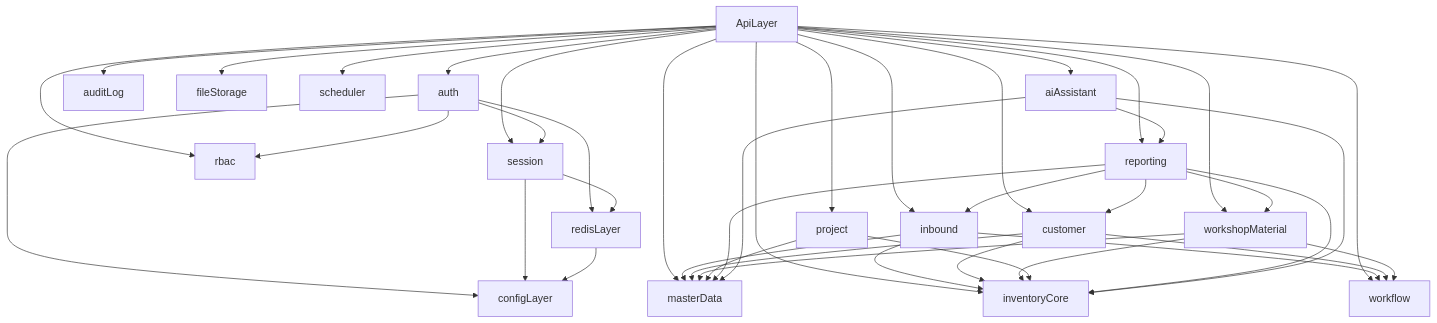
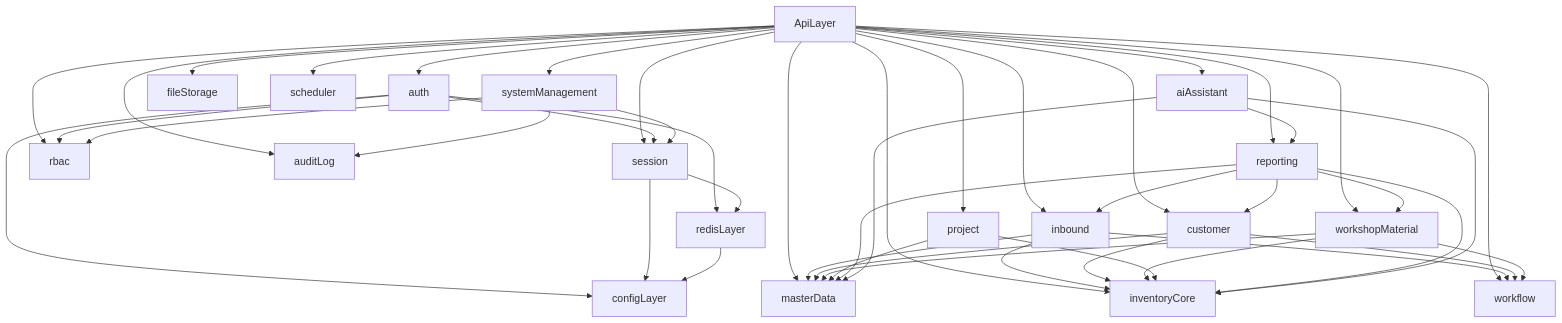
One commit to Cupcc/saifute-wsm-server changed the diagram in docs/architecture/00-architecture-overview.md. Above: the diagram before and after it, drawn with Mermaid. The commit also changed other lines of this file and 17 other files, not shown here.

First line of the commit message:
feat(system-management): align runtime role matrix and governance menu

````diff
--- a/docs/architecture/00-architecture-overview.md
+++ b/docs/architecture/00-architecture-overview.md
@@ -211,45 +212,49 @@
 ```mermaid
 flowchart TD
     ApiLayer --> auth
     ApiLayer --> session
     ApiLayer --> rbac
     ApiLayer --> auditLog
+    ApiLayer --> systemManagement
     ApiLayer --> fileStorage
     ApiLayer --> scheduler
     ApiLayer --> masterData
     ApiLayer --> inventoryCore
     ApiLayer --> workflow
     ApiLayer --> inbound
     ApiLayer --> customer
     ApiLayer --> workshopMaterial
     ApiLayer --> project
     ApiLayer --> reporting
     ApiLayer --> aiAssistant
 
     auth --> session
     auth --> rbac
     auth --> redisLayer
     auth --> configLayer
     session --> redisLayer
     session --> configLayer
+    systemManagement --> session
+    systemManagement --> rbac
+    systemManagement --> auditLog
     redisLayer --> configLayer
     inbound --> masterData
     inbound --> inventoryCore
     inbound --> workflow
     customer --> masterData
     customer --> inventoryCore
     customer --> workflow
     workshopMaterial --> masterData
     workshopMaterial --> inventoryCore
     workshopMaterial --> workflow
     project --> masterData
     project --> inventoryCore
     reporting --> masterData
     reporting --> inventoryCore
     reporting --> inbound
     reporting --> customer
     reporting --> workshopMaterial
     aiAssistant --> reporting
     aiAssistant --> inventoryCore
     aiAssistant --> masterData
 ```
````
